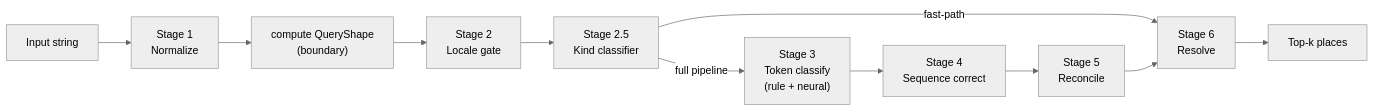
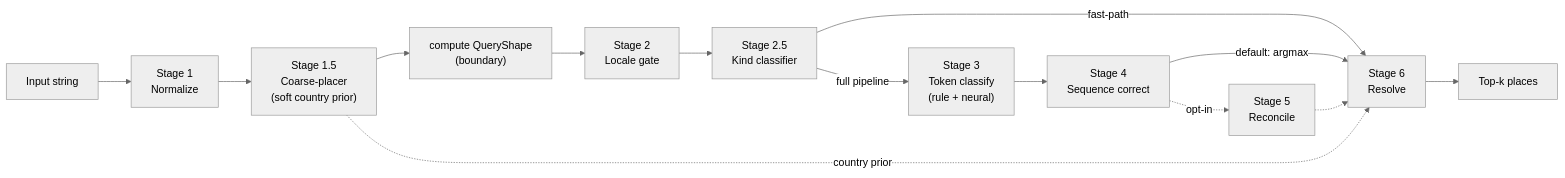
One commit to sister-software/mailwoman changed the diagram in docs/articles/plan/reference/STAGES.mdx. Above: the diagram before and after it, drawn with Mermaid (neutral theme). The commit also changed other lines of this file and 343 other files, not shown here.

````diff
--- a/docs/articles/plan/reference/STAGES.mdx
+++ b/docs/articles/plan/reference/STAGES.mdx
@@ -21,14 +21,17 @@
 ```mermaid
 flowchart LR
     I["Input string"]
     I --> S1["Stage 1<br>Normalize"]
-    S1 --> QS["compute QueryShape<br>(boundary)"]
+    S1 --> CP["Stage 1.5<br>Coarse-placer<br>(soft country prior)"]
+    CP --> QS["compute QueryShape<br>(boundary)"]
     QS --> S2["Stage 2<br>Locale gate"]
     S2 --> S25["Stage 2.5<br>Kind classifier"]
     S25 -->|"fast-path"| S6
     S25 -->|"full pipeline"| S3["Stage 3<br>Token classify<br>(rule + neural)"]
     S3 --> S4["Stage 4<br>Sequence correct"]
-    S4 --> S5["Stage 5<br>Reconcile"]
-    S5 --> S6["Stage 6<br>Resolve"]
+    S4 -->|"default: argmax"| S6["Stage 6<br>Resolve"]
+    S4 -.->|"opt-in"| S5["Stage 5<br>Reconcile"]
+    S5 -.-> S6
+    CP -.->|"country prior"| S6
     S6 --> O["Top-k places"]
 ```
````
